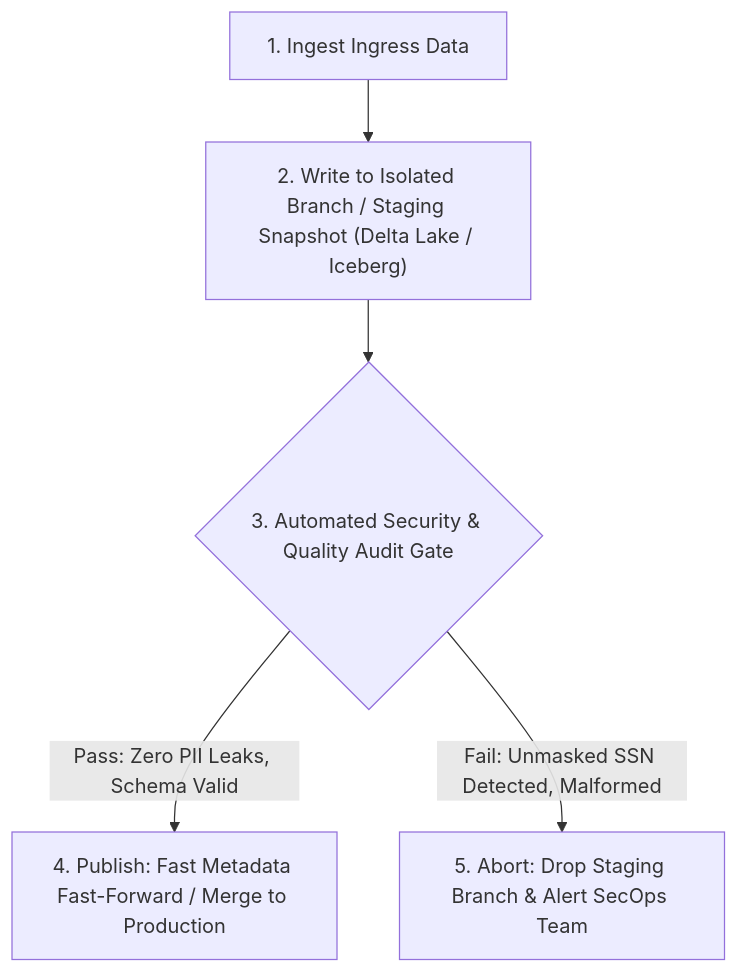
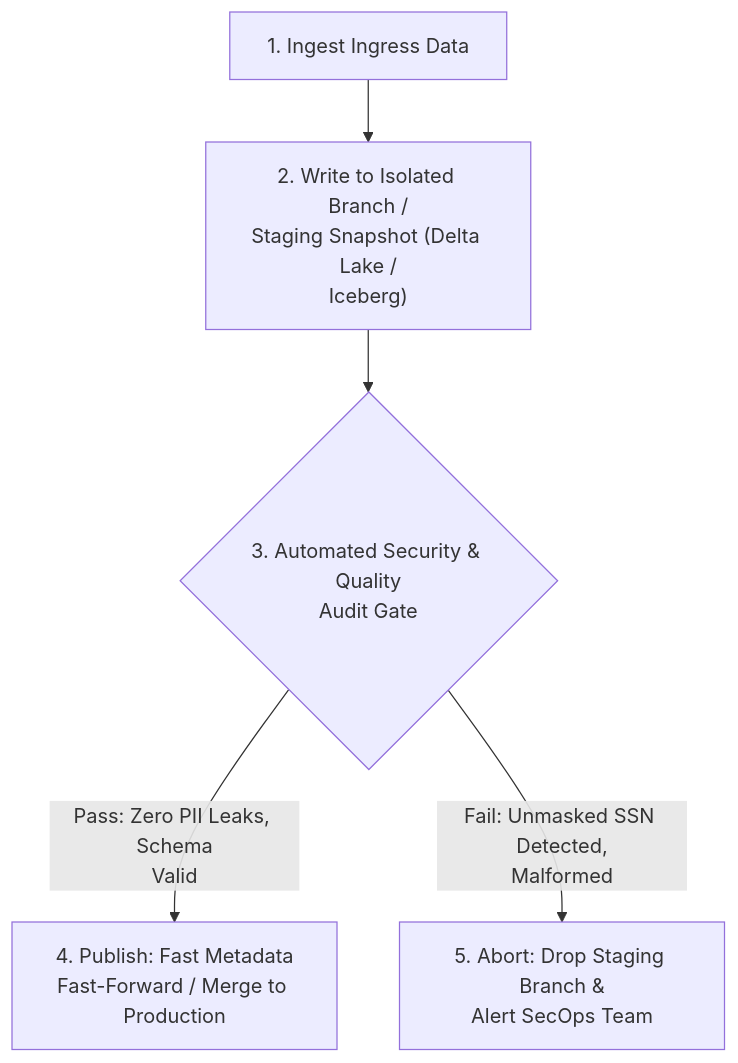
One commit to santoshjammi29/security-handbook changed the first of 2 diagrams in modules/07_etl_elt_and_pipeline_security/README.md. Above: the diagram before and after it, drawn with Mermaid. The commit also changed other lines of this file and 22 other files, not shown here.

Commit message:
fix(diagrams): word-wrap labels and escape comparison operators across all diagrams

````diff
--- a/modules/07_etl_elt_and_pipeline_security/README.md
+++ b/modules/07_etl_elt_and_pipeline_security/README.md
@@ -9,7 +9,7 @@
 ```mermaid
 flowchart TD
-    Raw["1. Ingest Ingress Data"] --> Write["2. Write to Isolated Branch / Staging Snapshot (Delta Lake / Iceberg)"]
-    Write --> Audit{"3. Automated Security & Quality Audit Gate"}
-    Audit -->|Pass: Zero PII Leaks, Schema Valid| Publish["4. Publish: Fast Metadata Fast-Forward / Merge to Production"]
-    Audit -->|Fail: Unmasked SSN Detected, Malformed| Abort["5. Abort: Drop Staging Branch & Alert SecOps Team"]
+    Raw["1. Ingest Ingress Data"] --> Write["2. Write to Isolated Branch /<br/>Staging Snapshot (Delta Lake /<br/>Iceberg)"]
+    Write --> Audit{"3. Automated Security & Quality<br/>Audit Gate"}
+    Audit -->|"Pass: Zero PII Leaks, Schema<br/>Valid"| Publish["4. Publish: Fast Metadata<br/>Fast-Forward / Merge to Production"]
+    Audit -->|"Fail: Unmasked SSN Detected,<br/>Malformed"| Abort["5. Abort: Drop Staging Branch &<br/>Alert SecOps Team"]
 ```
````
